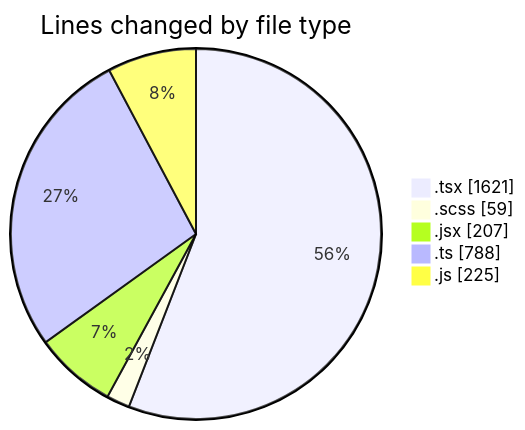
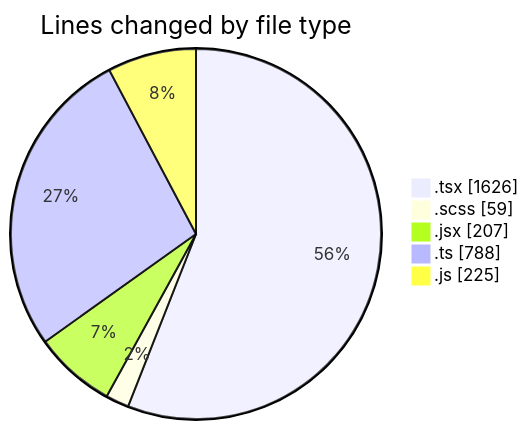
The first of 2 diagrams in 2026-07-23/cda/README.md (momahboobian/code-tracking), drawn with Mermaid before and after one commit. The commit also changed other lines of this file and 1 other file, not shown here.

````diff
--- a/2026-07-23/cda/README.md
+++ b/2026-07-23/cda/README.md
@@ -34,9 +34,9 @@
 ```mermaid
 pie showData
 title Lines changed by file type
-".tsx" : 1621
+".tsx" : 1626
 ".scss" : 59
 ".jsx" : 207
 ".ts" : 788
 ".js" : 225
 ```
````
